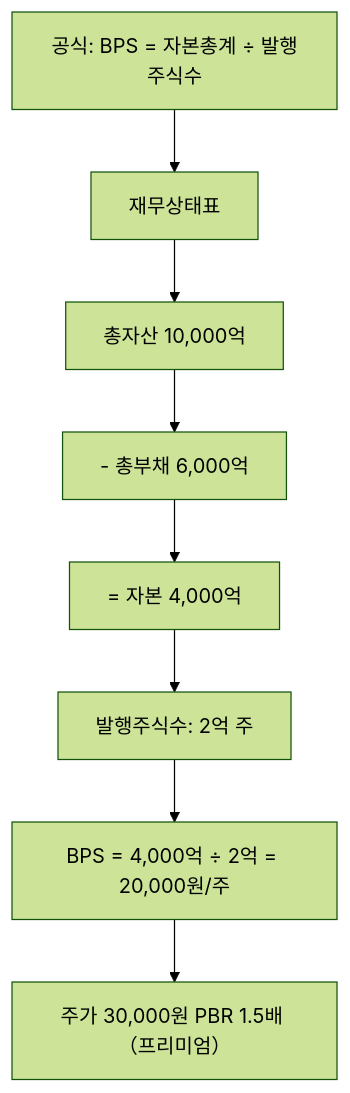
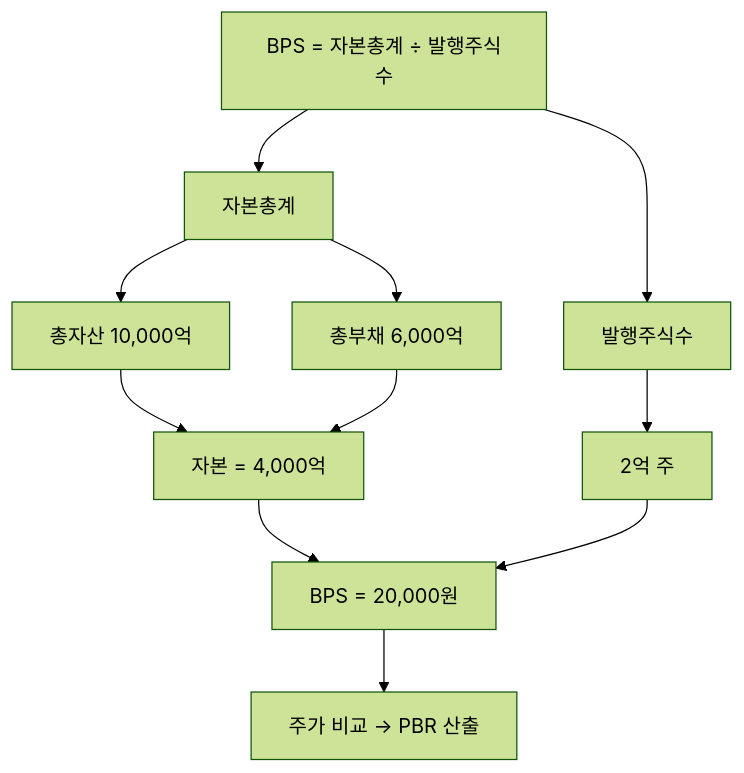
Before and after one commit to yeongseon/stock-visual-note: the diagram in content/stock-terms/ko/level-05-valuation/bps.md, drawn with Mermaid (forest theme). The commit also changed other lines of this file and 96 other files, not shown here.

Commit message:
Rewrite all 98 remaining articles: branching Mermaid diagrams, natural search_intent, compelling seo_titles, clean descriptions

````diff
--- a/content/stock-terms/ko/level-05-valuation/bps.md
+++ b/content/stock-terms/ko/level-05-valuation/bps.md
@@ -39,18 +39,14 @@
 ```mermaid
 graph TD
-    N0["공식: BPS = 자본총계 ÷ 발행주식수"]
-    N1["재무상태표"]
-    N2["총자산 10,000억"]
-    N3["- 총부채 6,000억"]
-    N4["= 자본 4,000억"]
-    N5["발행주식수: 2억 주"]
-    N6["BPS = 4,000억 ÷ 2억 = 20,000원/주"]
-    N7["주가 30,000원 PBR 1.5배 （프리미엄）"]
-    N0 --> N1
-    N1 --> N2
-    N2 --> N3
-    N3 --> N4
-    N4 --> N5
-    N5 --> N6
-    N6 --> N7
+    A["BPS = 자본총계 ÷ 발행주식수"]
+    A --> B["자본총계"]
+    A --> C["발행주식수"]
+    B --> B1["총자산 10,000억"]
+    B --> B2["총부채 6,000억"]
+    B1 --> D["자본 = 4,000억"]
+    B2 --> D
+    C --> E["2억 주"]
+    D --> F["BPS = 20,000원"]
+    E --> F
+    F --> G["주가 비교 → PBR 산출"]
 ```
````
